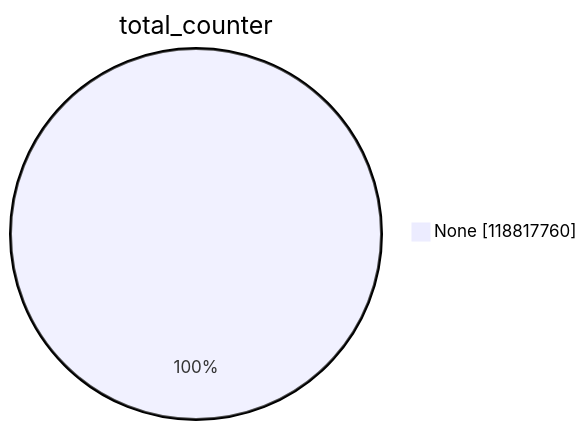
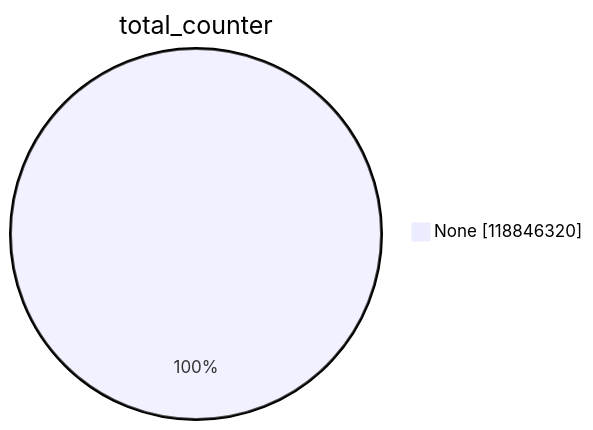
The first of 15 diagrams in argon2023/README.md (christiankrug/ctmonitor_visualization), drawn with Mermaid before and after one commit. The commit also changed other lines of this file, not shown here.

````diff
--- a/argon2023/README.md
+++ b/argon2023/README.md
@@ -1,5 +1,5 @@
 ```mermaid
 pie showData
 title total_counter
-"None" :118817760
+"None" :118846320
 ```
````
